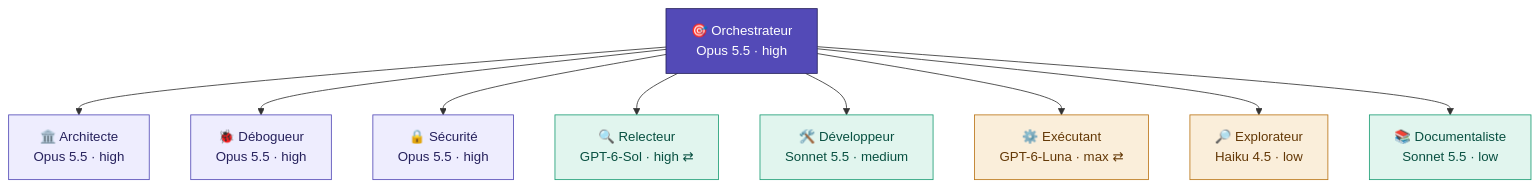
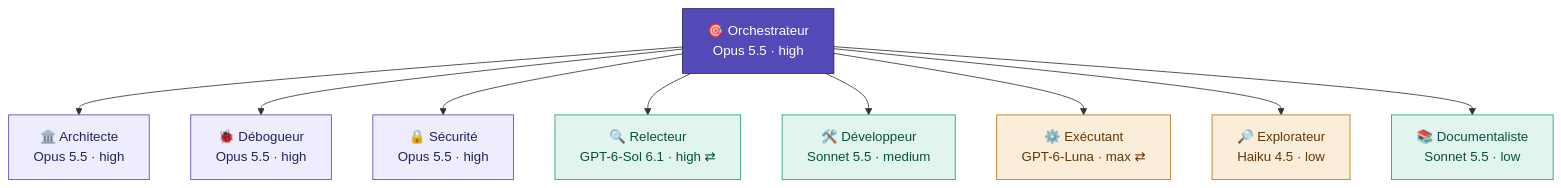
One commit to Eydenn/loomy changed the second of 2 diagrams in README.fr.md. Above: the diagram before and after it, drawn with Mermaid. The commit also changed other lines of this file and 9 other files, not shown here.

Commit message:
feat: GPT-6.1 Sol heads the Codex mid chain, GPT-6 Sol as fallback

````diff
--- a/README.fr.md
+++ b/README.fr.md
@@ -338,16 +338,16 @@
 ```mermaid
 flowchart TB
   L["🎯 Orchestrateur<br/>Opus 5.5 · high"]:::lead
   L --> AR["🏛️ Architecte<br/>Opus 5.5 · high"]:::deep
   L --> DB["🐞 Débogueur<br/>Opus 5.5 · high"]:::deep
   L --> SE["🔒 Sécurité<br/>Opus 5.5 · high"]:::deep
-  L --> RV["🔍 Relecteur<br/>GPT-6-Sol · high ⇄"]:::std
+  L --> RV["🔍 Relecteur<br/>GPT-6-Sol 6.1 · high ⇄"]:::std
   L --> DV["🛠️ Développeur<br/>Sonnet 5.5 · medium"]:::std
   L --> EX["⚙️ Exécutant<br/>GPT-6-Luna · max ⇄"]:::fast
   L --> XP["🔎 Explorateur<br/>Haiku 4.5 · low"]:::fast
   L --> DO["📚 Documentaliste<br/>Sonnet 5.5 · low"]:::std
   classDef lead fill:#534AB7,stroke:#26215C,color:#FFFFFF
   classDef deep fill:#EEEDFE,stroke:#534AB7,color:#26215C
   classDef std fill:#E1F5EE,stroke:#1D9E75,color:#085041
   classDef fast fill:#FAEEDA,stroke:#BA7517,color:#633806
 ```
````
